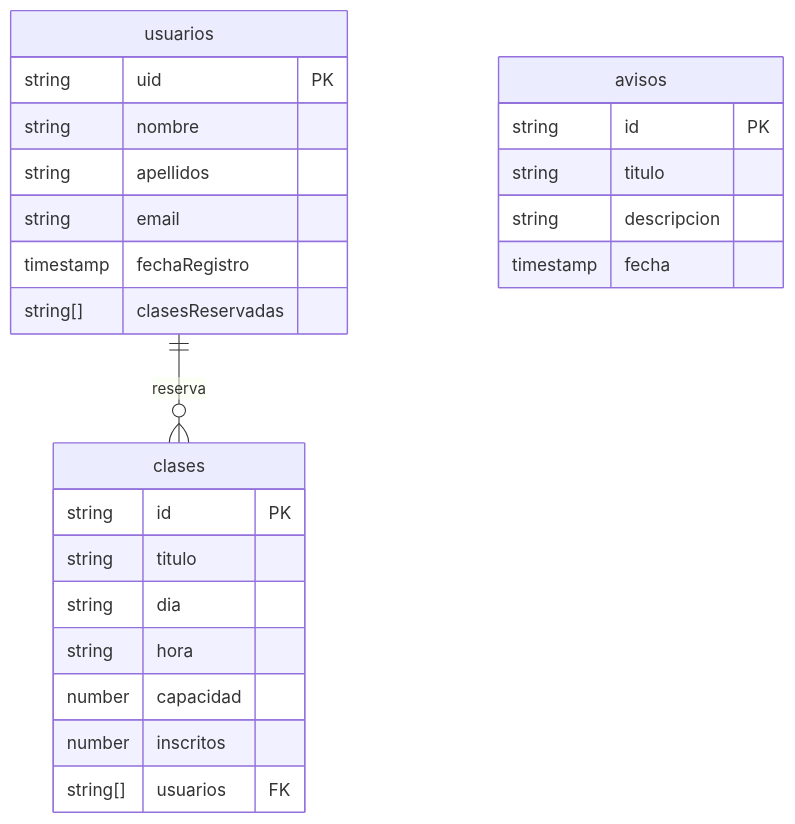
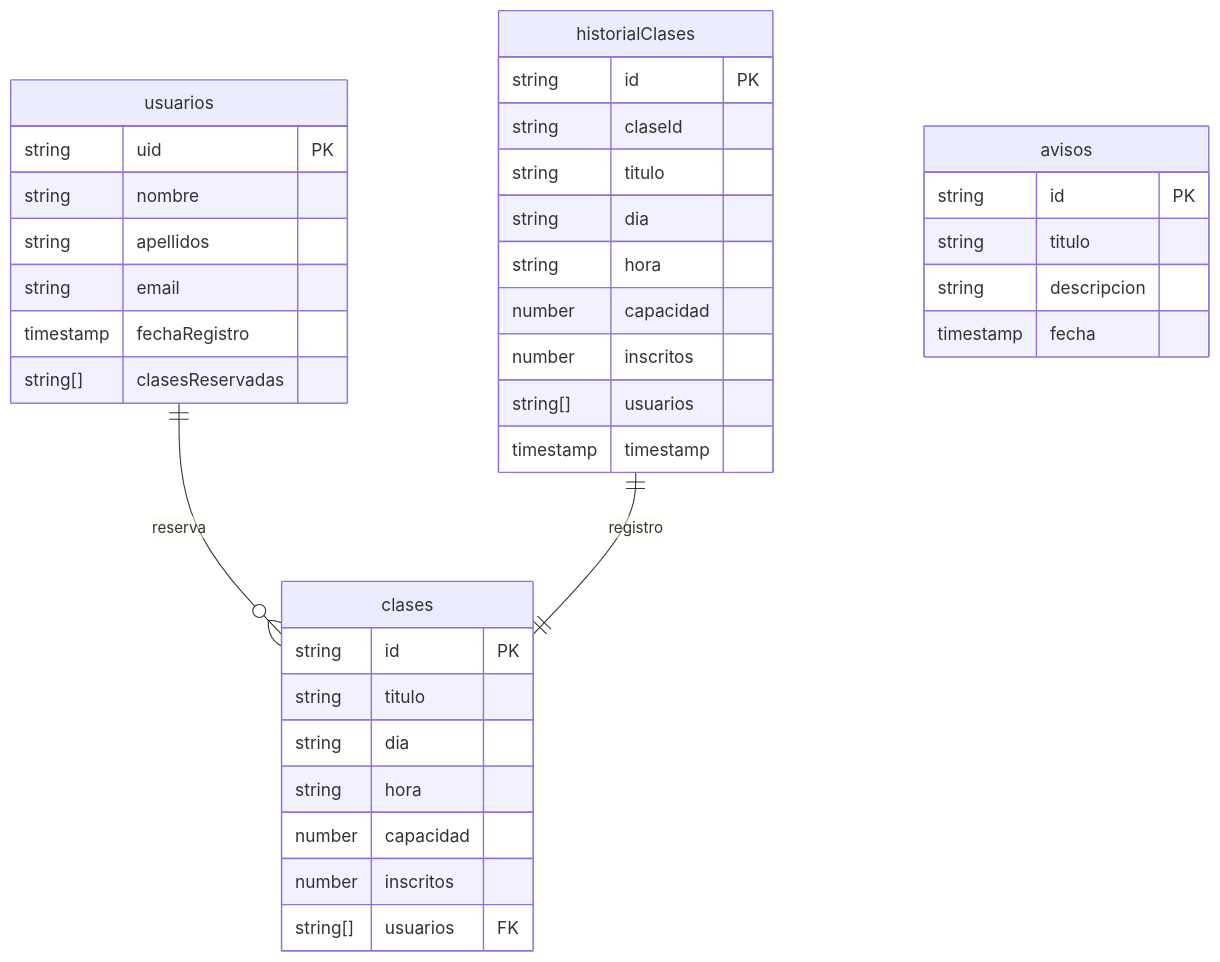
One commit to lizacode22/TFC changed the second of 2 diagrams in README.md. Above: the diagram before and after it, drawn with Mermaid.

````diff
--- a/README.md
+++ b/README.md
@@ -107,30 +107,44 @@
 ```mermaid
 erDiagram
     usuarios {
         string uid PK
         string nombre
         string apellidos
         string email
         timestamp fechaRegistro
         string[] clasesReservadas
     }
 
     clases {
         string id PK
         string titulo
         string dia
         string hora
         number capacidad
         number inscritos
         string[] usuarios FK
     }
 
+    historialClases {
+        string id PK
+        string claseId
+        string titulo
+        string dia
+        string hora
+        number capacidad
+        number inscritos
+        string[] usuarios
+        timestamp timestamp
+    }
+
     avisos {
         string id PK
         string titulo
         string descripcion
         timestamp fecha
     }
 
     usuarios ||--o{ clases : "reserva"
+    historialClases ||--|| clases : "registro"
+
 ```
````
